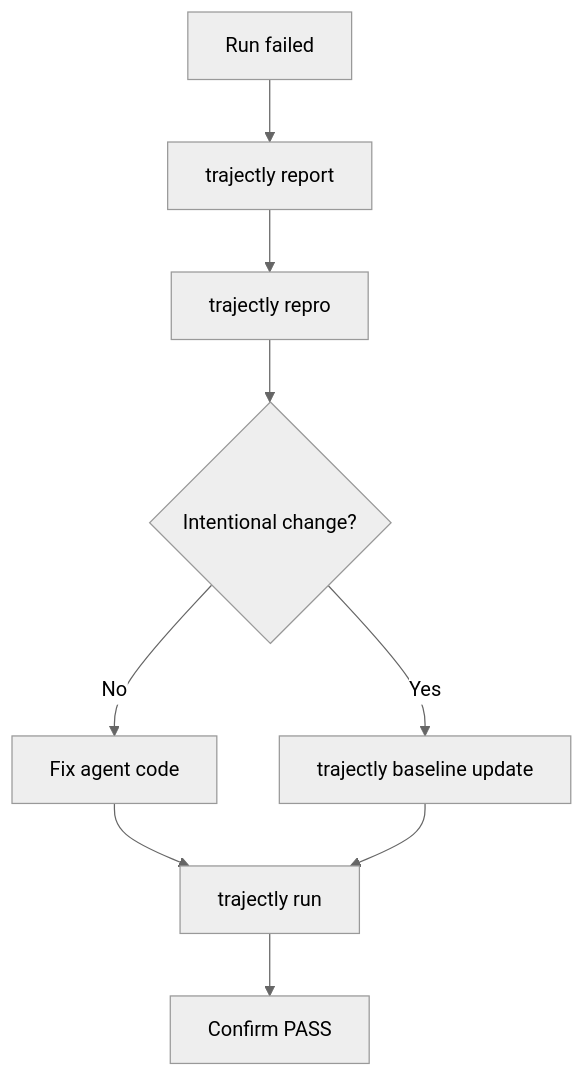
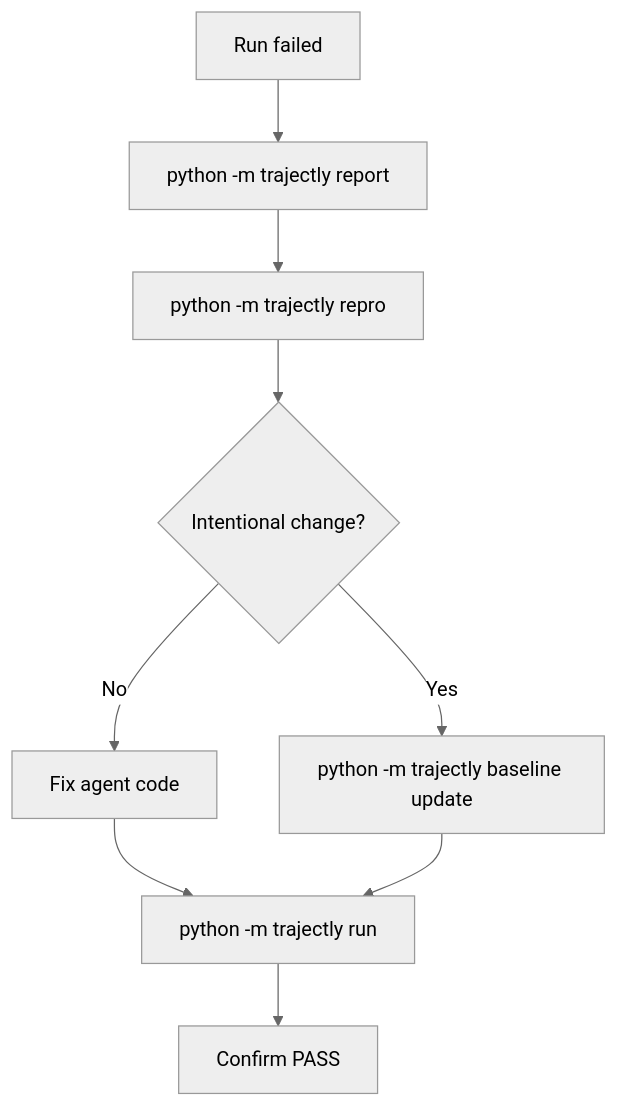
Before and after one commit to trajectly/trajectly: the third of 3 diagrams in docs/trajectly.md, drawn with Mermaid (neutral theme). The commit also changed other lines of this file and 4 other files, not shown here.

````diff
--- a/docs/trajectly.md
+++ b/docs/trajectly.md
@@ -448,11 +448,11 @@
 ```mermaid
 flowchart TD
-    fail["Run failed"] --> report["trajectly report"]
-    report --> repro["trajectly repro"]
+    fail["Run failed"] --> report["python -m trajectly report"]
+    report --> repro["python -m trajectly repro"]
     repro --> decide{"Intentional change?"}
     decide -->|No| fixCode["Fix agent code"]
-    decide -->|Yes| updateBaseline["trajectly baseline update"]
-    fixCode --> rerun["trajectly run"]
+    decide -->|Yes| updateBaseline["python -m trajectly baseline update"]
+    fixCode --> rerun["python -m trajectly run"]
     updateBaseline --> rerun
     rerun --> pass["Confirm PASS"]
 ```
````
